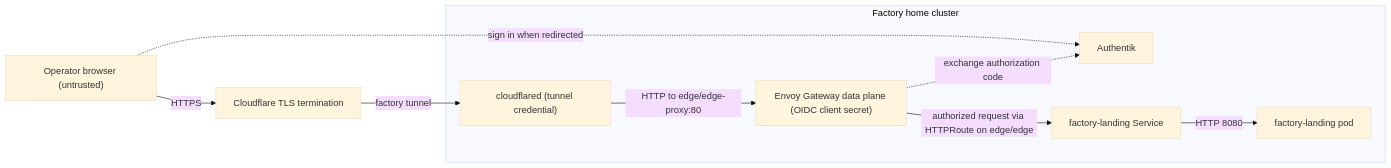
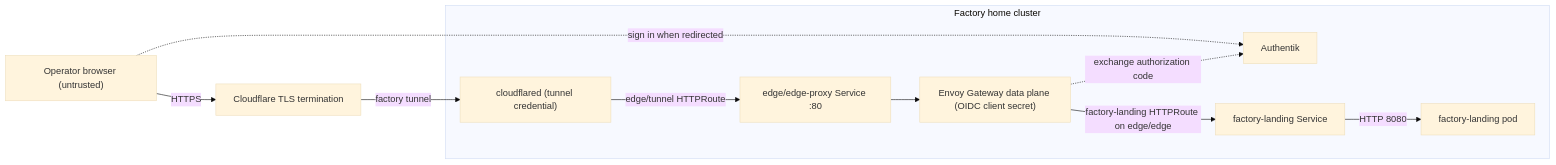
Before and after one commit to jomcgi-org/homelab: the first of 2 diagrams in projects/factory-cluster/ARCHITECTURE.md, drawn with Mermaid (base theme).

Commit message:
Show both Service hops in the opening request diagram
Review response: HOME-267:goal:criterion-1. The opening diagram now gives the edge-proxy Service its own hop before the Envoy data plane and names the two HTTPRoutes. Compare the backendRefs in projects/platform-factory/edge-tunnel/resources/route.yaml and projects/factory-landing/chart/templates/httproute.yaml with projects/factory-cluster/ARCHITECTURE.md:16.

Review response: HOME-267:goal:criterion-4. Kept both direct links because each resolves to the requested file. Evidence is pinned to the reviewed PR tree: 917efdca7369901abc0493a16adfe1a2805b54e0:projects/platform/ARCHITECTURE.md:13 (section 1) and 917efdca7369901abc0493a16adfe1a2805b54e0:docs/agents/reference.md:324. Inspect with git show 917efdca7:projects/platform/ARCHITECTURE.md and git show 917efdca7:docs/agents/reference.md. The previous citation to factory architecture line 2308 is withdrawn; it was unrelated to these inbound links.

Refs HOME-267

````diff
--- a/projects/factory-cluster/ARCHITECTURE.md
+++ b/projects/factory-cluster/ARCHITECTURE.md
@@ -5,17 +5,19 @@
 ```mermaid
 flowchart LR
   Browser["Operator browser (untrusted)"] -->|HTTPS| CF["Cloudflare TLS termination"]
   subgraph Cluster["Factory home cluster"]
     Tunnel["cloudflared (tunnel credential)"]
+    Origin["edge/edge-proxy Service :80"]
     Proxy["Envoy Gateway data plane (OIDC client secret)"]
     Auth["Authentik"]
     Service["factory-landing Service"]
     Pod["factory-landing pod"]
   end
   CF -->|factory tunnel| Tunnel
-  Tunnel -->|"HTTP to edge/edge-proxy:80"| Proxy
+  Tunnel -->|"edge/tunnel HTTPRoute"| Origin
+  Origin --> Proxy
   Browser -.->|sign in when redirected| Auth
   Proxy -.->|exchange authorization code| Auth
-  Proxy -->|"authorized request via HTTPRoute on edge/edge"| Service
+  Proxy -->|"factory-landing HTTPRoute on edge/edge"| Service
   Service -->|HTTP 8080| Pod
 ```
````
